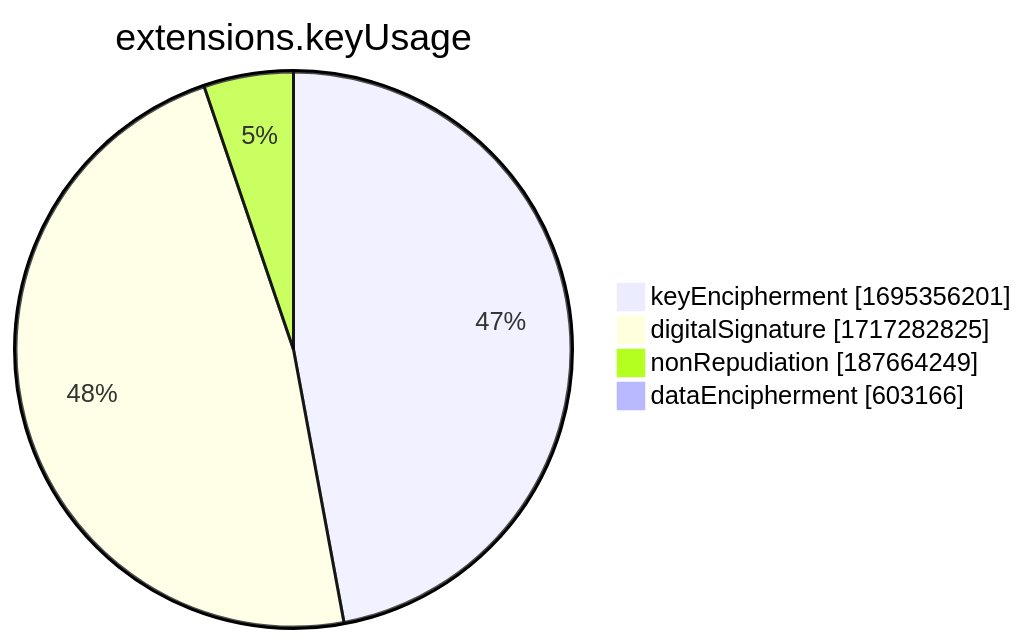
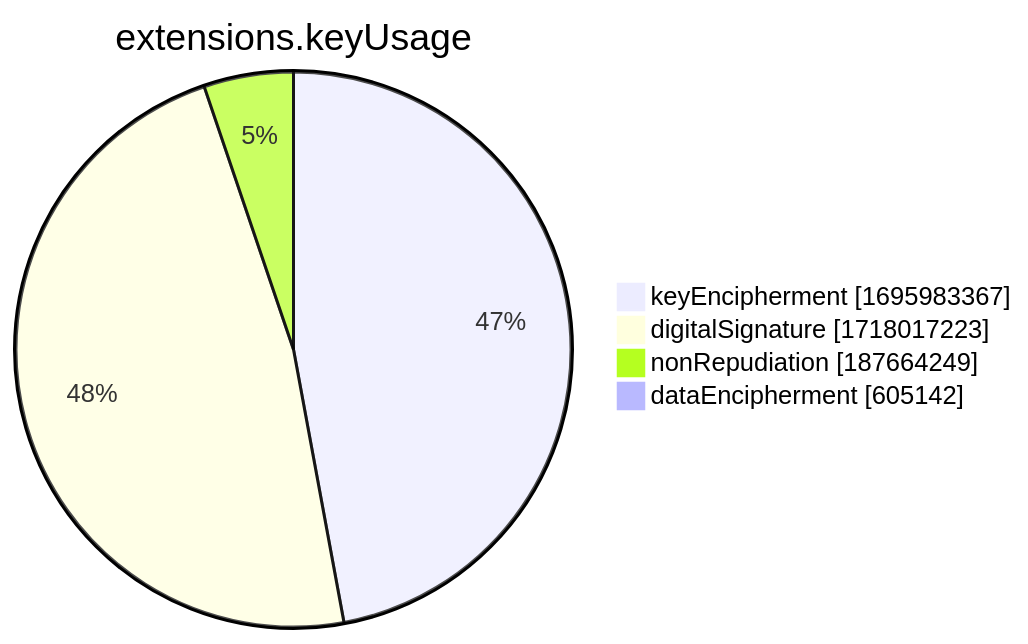
Before and after one commit to christiankrug/ctmonitor_visualization: the seventh of 15 diagrams in xenon2022/README.md, drawn with Mermaid. The commit also changed other lines of this file, not shown here.

````diff
--- a/xenon2022/README.md
+++ b/xenon2022/README.md
@@ -2858,8 +2858,8 @@
 ```mermaid
 pie showData
 title extensions.keyUsage
-"keyEncipherment" :1695356201
-"digitalSignature" :1717282825
+"keyEncipherment" :1695983367
+"digitalSignature" :1718017223
 "nonRepudiation" :187664249
-"dataEncipherment" :603166
+"dataEncipherment" :605142
 ```
````
